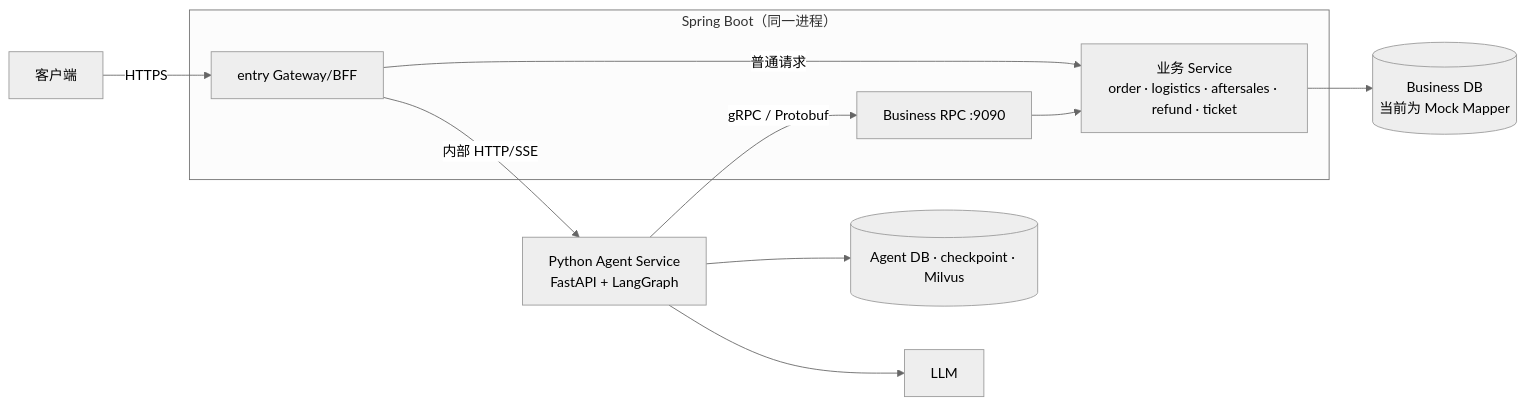
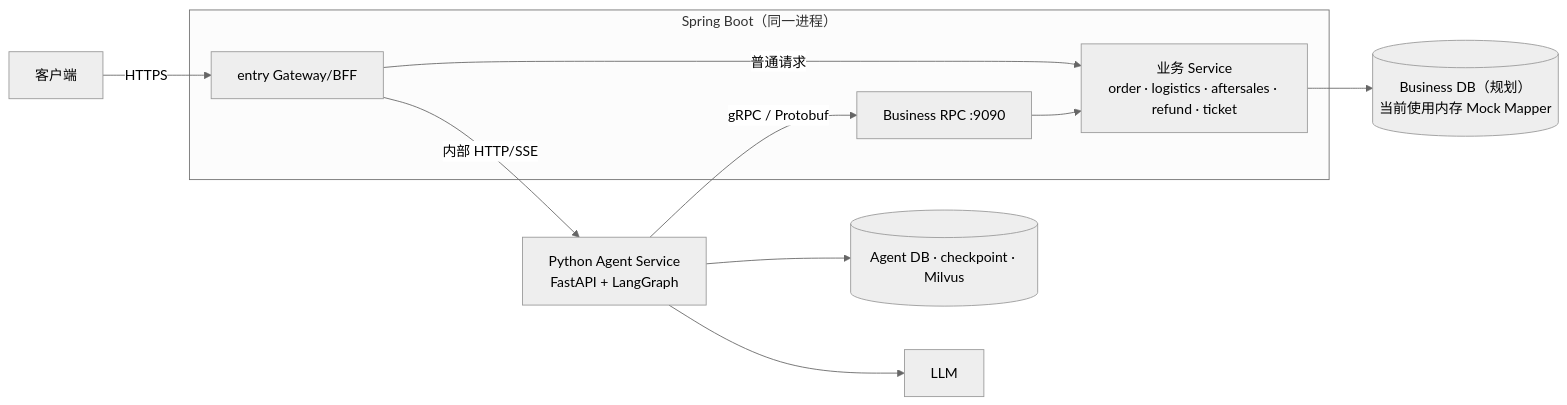
One commit to shangxinxiaolin/user-help changed the diagram in README.md. Above: the diagram before and after it, drawn with Mermaid (neutral theme). The commit also changed other lines of this file and 3 other files, not shown here.

Commit message:
docs: organize architecture diagrams across project READMEs (#7)

````diff
--- a/README.md
+++ b/README.md
@@ -52,13 +52,13 @@
 ```mermaid
 flowchart LR
     Client["客户端"] -->|HTTPS| Entry
     subgraph Java["Spring Boot（同一进程）"]
         Entry["entry Gateway/BFF"] -->|普通请求| Biz["业务 Service<br/>order · logistics · aftersales · refund · ticket"]
         Rpc["Business RPC :9090"] --> Biz
     end
     Entry -->|内部 HTTP/SSE| Agent["Python Agent Service<br/>FastAPI + LangGraph"]
     Agent -->|gRPC / Protobuf| Rpc
     Agent --> AgentStore[("Agent DB · checkpoint · Milvus")]
     Agent --> LLM["LLM"]
-    Biz --> BizDB[("Business DB<br/>当前为 Mock Mapper")]
+    Biz --> BizDB[("Business DB（规划）<br/>当前使用内存 Mock Mapper")]
 ```
````
